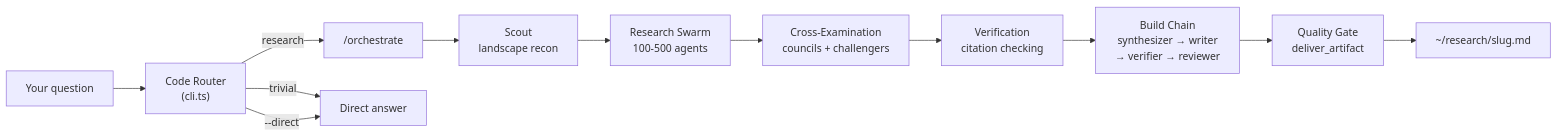
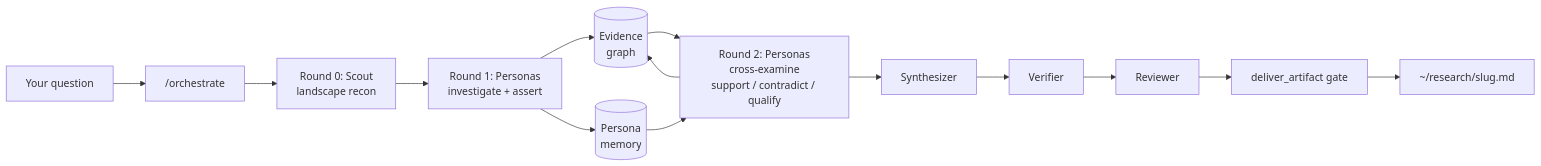
One commit to pkmdev-sec/zenith changed the first of 2 diagrams in README.md. Above: the diagram before and after it, drawn with Mermaid. The commit also changed other lines of this file and 5 other files, not shown here.

````diff
--- a/README.md
+++ b/README.md
@@ -47,15 +62,16 @@
 ```mermaid
 graph LR
-    Q["Your question"] --> R["Code Router<br/>(cli.ts)"]
-    R -->|research| O["/orchestrate"]
-    R -->|trivial| D["Direct answer"]
-    R -->|--direct| D
-    
-    O --> S["Scout<br/>landscape recon"]
-    S --> RS["Research Swarm<br/>100-500 agents"]
-    RS --> CX["Cross-Examination<br/>councils + challengers"]
-    CX --> V["Verification<br/>citation checking"]
-    V --> B["Build Chain<br/>synthesizer → writer<br/>→ verifier → reviewer"]
-    B --> QG["Quality Gate<br/>deliver_artifact"]
+    Q["Your question"] --> O["/orchestrate"]
+    O --> S["Round 0: Scout<br/>landscape recon"]
+    S --> R1["Round 1: Personas<br/>investigate + assert"]
+    R1 --> EG[("Evidence<br/>graph")]
+    R1 --> MEM[("Persona<br/>memory")]
+    EG --> R2["Round 2: Personas<br/>cross-examine<br/>support / contradict / qualify"]
+    MEM --> R2
+    R2 --> EG
+    R2 --> SY["Synthesizer"]
+    SY --> V["Verifier"]
+    V --> RV["Reviewer"]
+    RV --> QG["deliver_artifact gate"]
     QG --> OUT["~/research/slug.md"]
 ```
````
